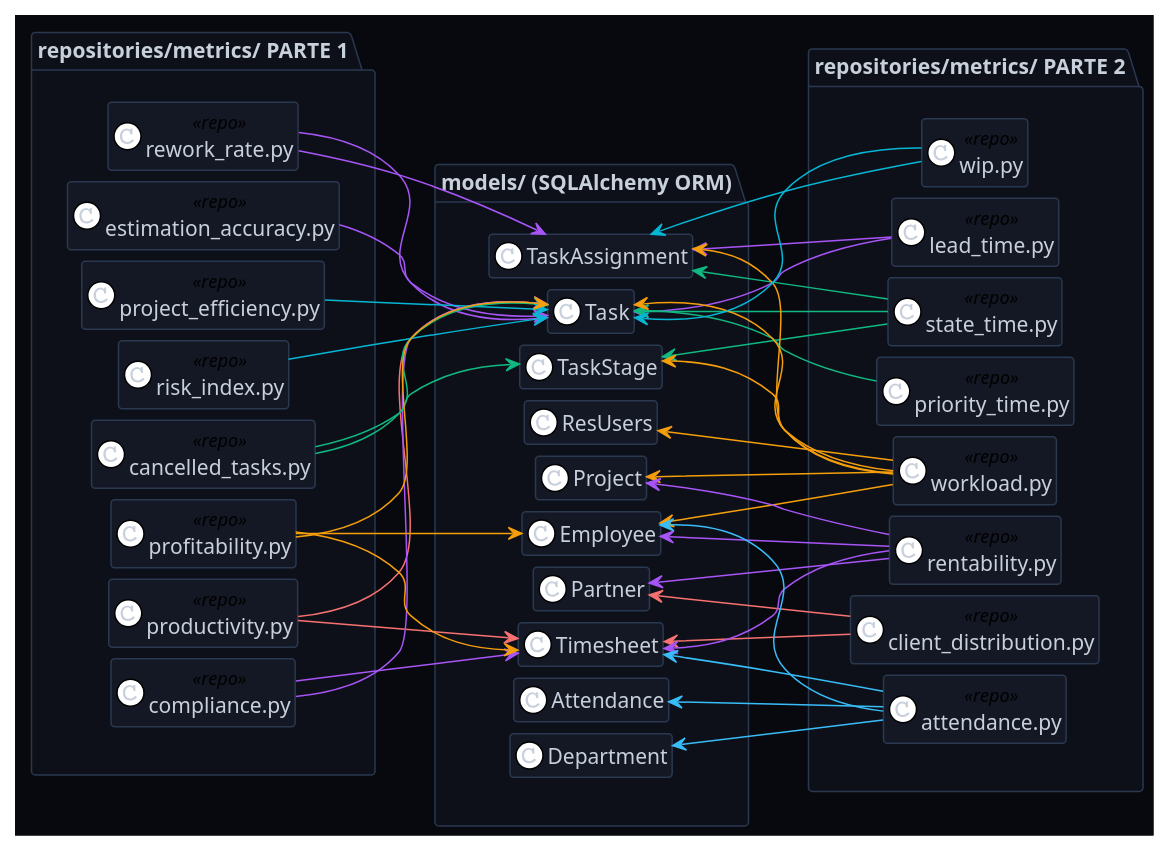
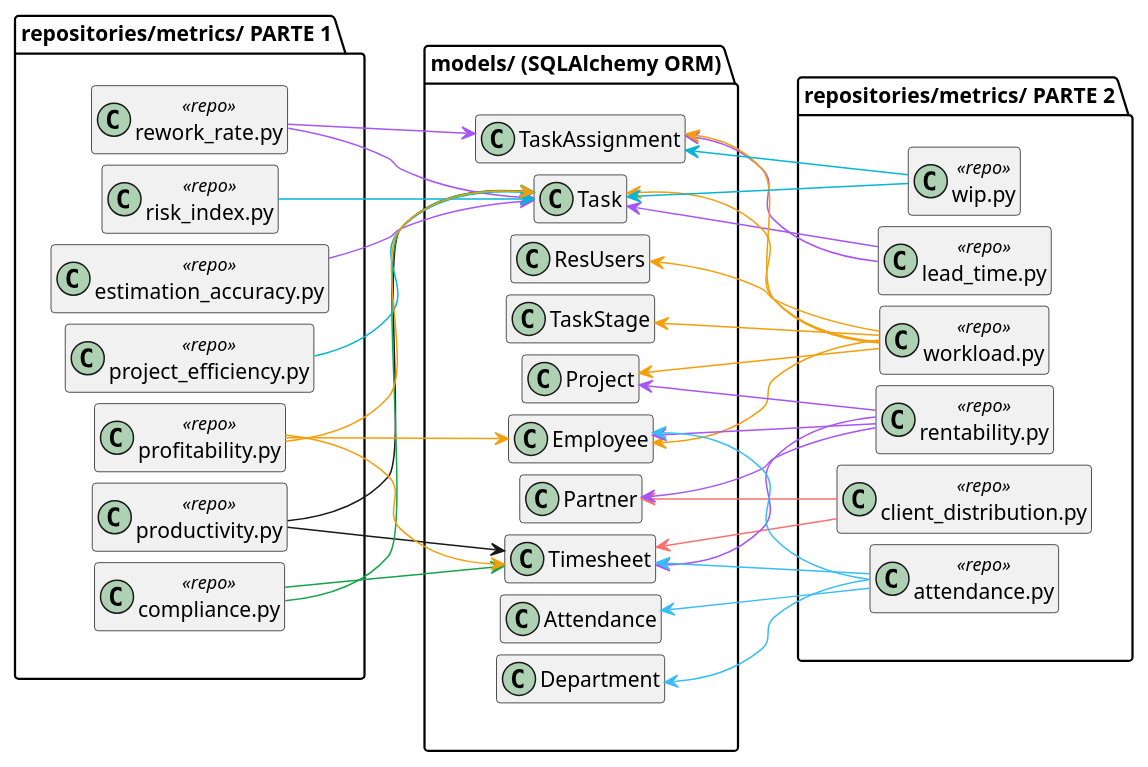
Before and after one commit to ceesargaarcia/GII-TFG-2026: the diagram in Estudiantes/cesar-garcia-eguiguren/Capítulo-3/diagramas/diseño/repoMetricas-Modelos.puml, drawn with PlantUML. The commit also changed 54 other files, not shown here.

```diff
--- a/Estudiantes/cesar-garcia-eguiguren/Capítulo-3/diagramas/diseño/repoMetricas-Modelos.puml
+++ b/Estudiantes/cesar-garcia-eguiguren/Capítulo-3/diagramas/diseño/repoMetricas-Modelos.puml
@@ -1,120 +1,97 @@
 @startuml d02b_repos_metrics
-!theme plain
 hide empty members
 left to right direction
-
-skinparam backgroundColor #07090f
-skinparam classBackgroundColor #141824
-skinparam classBorderColor #2a3850
-skinparam packageBackgroundColor #0d1018
-skinparam packageBorderColor #2a3850
-skinparam defaultFontColor #c8d0dc
-skinparam arrowColor #8896a8
-skinparam shadowing false
 skinparam nodesep 8
 skinparam ranksep 80
 
 package "repositories/metrics/ PARTE 1" as P1{
 
     class "productivity.py"        as RP1  <<repo>>
     class "compliance.py"          as RP2  <<repo>>
     class "estimation_accuracy.py" as RP3  <<repo>>
     class "rework_rate.py"         as RP4  <<repo>>
-    class "cancelled_tasks.py"     as RP5  <<repo>>
 
     class "project_efficiency.py"  as RP6  <<repo>>
     class "risk_index.py"          as RP7  <<repo>>
     class "profitability.py"       as RP8  <<repo>>
 
-
   }
 package "repositories/metrics/ PARTE 2" as P2{
 
     class "lead_time.py"           as RP9  <<repo>>
-    class "state_time.py"          as RP10 <<repo>>
-    class "priority_time.py"       as RP11 <<repo>>
 
     class "workload.py"            as RP12 <<repo>>
     class "wip.py"                 as RP13 <<repo>>
 
     class "client_distribution.py" as RP14 <<repo>>
     class "rentability.py"         as RP15 <<repo>>
 
     class "attendance.py"          as RP16 <<repo>>
 }
 
 package "models/ (SQLAlchemy ORM)" as P3{
   class Task
   class TaskStage
   class TaskAssignment
   class Employee
   class ResUsers
   class Project
   class Partner
   class Timesheet
   class Attendance
   class Department
 }
 P1 -[hidden]-> P3
 P3 -[hidden]-> P2
-' ── Tarea individual (violeta) ──────────────────────────────
-RP1 -[#f87171]-> Task
-RP1 -[#f87171]-> Timesheet
+' ── Tarea individual (violeta/coral) ──────────────────────────
+RP1 --> Task
+RP1 --> Timesheet
 
-RP2 -[#a855f7]-> Task
-RP2 -[#a855f7]-> Timesheet
+RP2 -[#16a34a]-> Task
+RP2 -[#16a34a]-> Timesheet
 
 RP3 -[#a855f7]-> Task
 
 RP4 -[#a855f7]-> Task
 RP4 -[#a855f7]-> TaskAssignment
-
-RP5 -[#10b981]-> Task
-RP5 -[#10b981]-> TaskStage
 
 ' ── Proyecto (cian) ─────────────────────────────────────────
 RP6 -[#06b6d4]-> Task
 
 RP7 -[#06b6d4]-> Task
 
 RP8 -[#f59e0b]-> Task
 RP8 -[#f59e0b]-> Employee
 RP8 -[#f59e0b]-> Timesheet
 
-' ── Tiempo y flujo (verde) ──────────────────────────────────
+' ── Tiempo y flujo ──────────────────────────────────────────
 Task <-[#a855f7]- RP9
 TaskAssignment <-[#a855f7]- RP9
-
-Task <-[#10b981]- RP10
-TaskAssignment <-[#10b981]- RP10
-TaskStage <-[#10b981]- RP10
-
-Task <-[#10b981]- RP11
 
 ' ── Equipo (naranja) ────────────────────────────────────────
 Task <-[#f59e0b]- RP12
 TaskStage <-[#f59e0b]- RP12
 Project <-[#f59e0b]- RP12
 Employee <-[#f59e0b]- RP12
 TaskAssignment <-[#f59e0b]- RP12
 ResUsers <-[#f59e0b]- RP12
 
 Task <-[#06b6d4]- RP13
 TaskAssignment <-[#06b6d4]- RP13
 
 ' ── Financiero y cliente (coral) ────────────────────────────
 Timesheet <-[#f87171]- RP14
 Partner <-[#f87171]- RP14
 
 Timesheet <-[#a855f7]- RP15
 Project <-[#a855f7]- RP15
 Employee <-[#a855f7]- RP15
 Partner <-[#a855f7]- RP15
 
 ' ── Asistencia (azul) ───────────────────────────────────────
 Attendance <-[#38bdf8]- RP16
 Employee <-[#38bdf8]- RP16
 Timesheet <-[#38bdf8]- RP16
 Department <-[#38bdf8]- RP16
 
 @enduml
```
